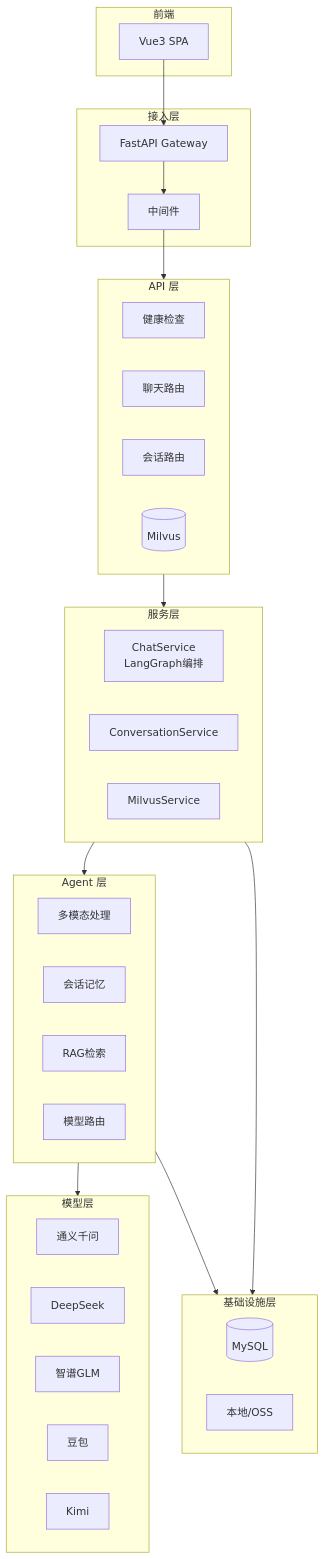
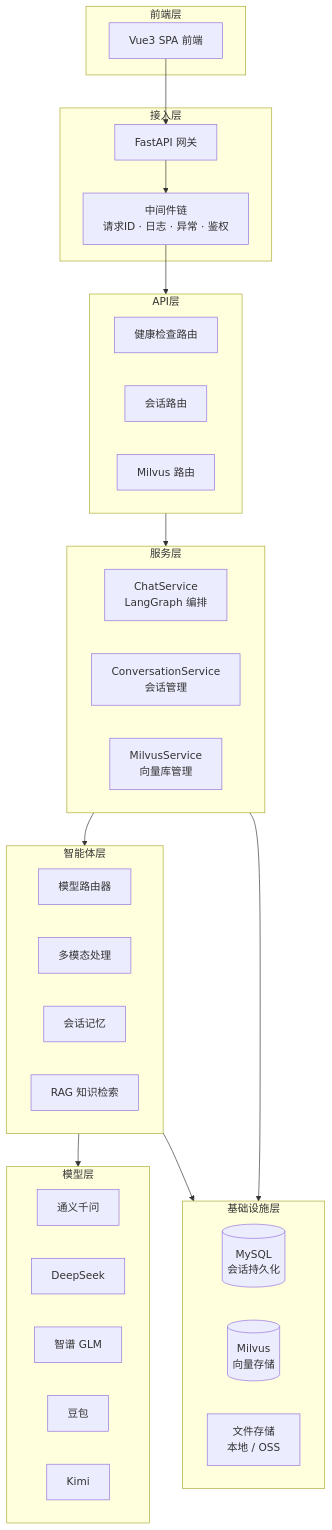
One commit to chain-engine/x-XiChuang changed the first of 3 diagrams in server/README.md. Above: the diagram before and after it, drawn with Mermaid. The commit also changed other lines of this file and 8 other files, not shown here.

````diff
--- a/server/README.md
+++ b/server/README.md
@@ -259,54 +311,53 @@
 ```mermaid
 graph TB
-    subgraph P[前端]
-        WEB[Vue3 SPA]
+    subgraph 前端层
+        WEB[Vue3 SPA 前端]
     end
 
-    subgraph A[接入层]
-        FASTAPI[FastAPI Gateway]
-        MIDDLEWARE[中间件]
+    subgraph 接入层
+        FASTAPI[FastAPI 网关]
+        MW[中间件链<br/>请求ID · 日志 · 异常 · 鉴权]
     end
 
-    subgraph API[API 层]
-        HEALTH[健康检查]
-        CHAT[聊天路由]
+    subgraph API层
+        HEALTH[健康检查路由]
         CONV[会话路由]
-        MILVUS[Milvus路由]
+        MILVUS_API[Milvus 路由]
     end
 
-    subgraph SVC[服务层]
-        CHAT_SVC[ChatService<br/>LangGraph编排]
-        CONV_SVC[ConversationService]
-        MILVUS_SVC[MilvusService]
+    subgraph 服务层
+        CS[ChatService<br/>LangGraph 编排]
+        CVS[ConversationService<br/>会话管理]
+        MS[MilvusService<br/>向量库管理]
     end
 
-    subgraph AGENT[Agent 层]
-        MULTIMODAL[多模态处理]
-        MEMORY[会话记忆]
-        KNOWLEDGE[RAG检索]
-        MODEL[模型路由]
+    subgraph 智能体层
+        MODEL[模型路由器]
+        MULTI[多模态处理]
+        MEM[会话记忆]
+        KB[RAG 知识检索]
     end
 
-    subgraph INFRA[基础设施层]
-        MYSQL[(MySQL)]
-        MILVUS[(Milvus)]
-        STORAGE[本地/OSS]
+    subgraph 基础设施层
+        MYSQL[(MySQL<br/>会话持久化)]
+        MILVUS[(Milvus<br/>向量存储)]
+        STORE[文件存储<br/>本地 / OSS]
     end
 
-    subgraph LLM[模型层]
+    subgraph 模型层
         TONGYI[通义千问]
-        DEEPSEEK[DeepSeek]
-        GLM[智谱GLM]
-        DOUBAO[豆包]
+        DS[DeepSeek]
+        GLM[智谱 GLM]
+        DB_MODEL[豆包]
         KIMI[Kimi]
     end
 
     WEB --> FASTAPI
-    FASTAPI --> MIDDLEWARE
-    MIDDLEWARE --> API
-    API --> SVC
-    SVC --> AGENT
-    AGENT --> LLM
-    SVC --> INFRA
-    AGENT --> INFRA
+    FASTAPI --> MW
+    MW --> API层
+    API层 --> 服务层
+    服务层 --> 智能体层
+    智能体层 --> 模型层
+    服务层 --> 基础设施层
+    智能体层 --> 基础设施层
 ```
````
